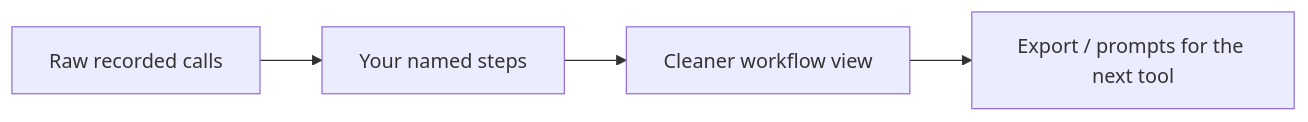
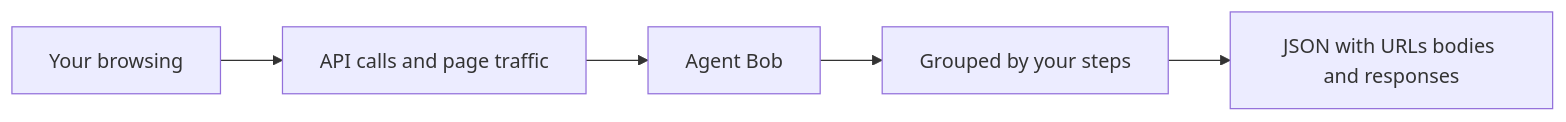
Before and after one commit to MasterOfLogic1/BobAgentApp: the third of 3 diagrams in README.md, drawn with Mermaid. The commit also changed other lines of this file, not shown here.

First line of the commit message:
Clarify Agent Bob as an RPA API-capture desktop app.

````diff
--- a/README.md
+++ b/README.md
@@ -69,6 +67,7 @@
 ```mermaid
 flowchart LR
-  R[Raw recorded calls] --> S[Your named steps]
-  S --> P[Cleaner workflow view]
-  P --> X[Export / prompts for the next tool]
+  Browser[Your browsing] --> Traffic[API calls and page traffic]
+  Traffic --> Bob[Agent Bob]
+  Bob --> Grouped[Grouped by your steps]
+  Grouped --> File[JSON with URLs bodies and responses]
 ```
````
